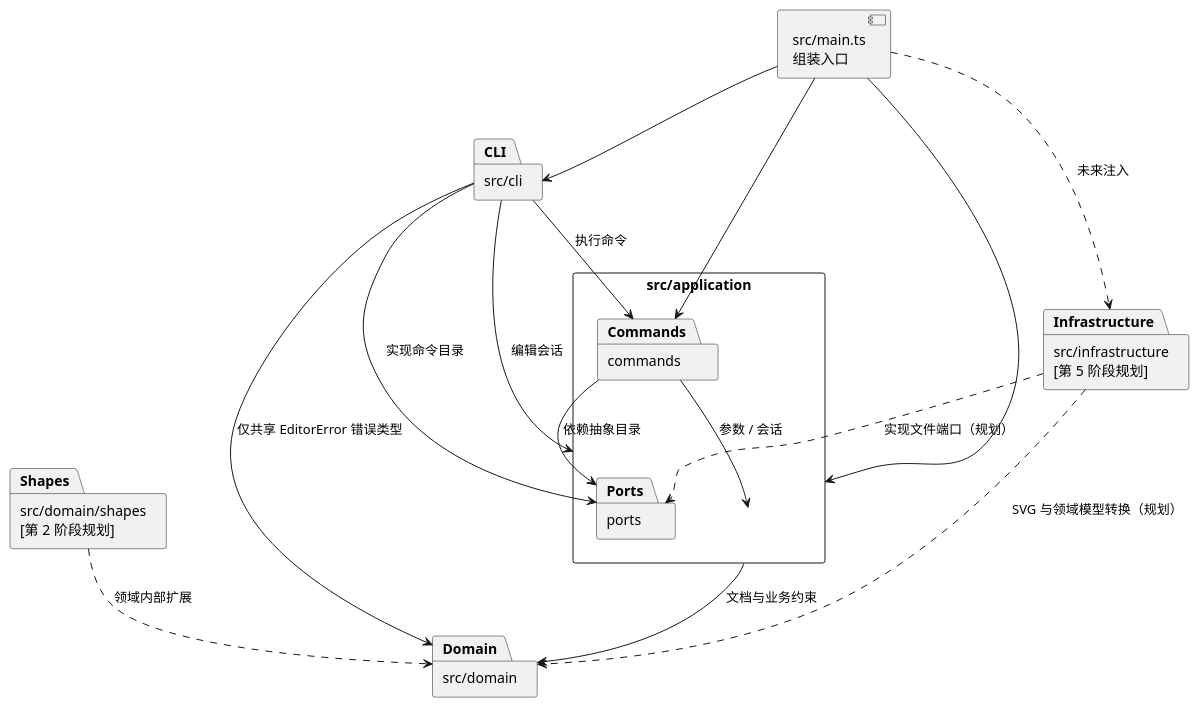
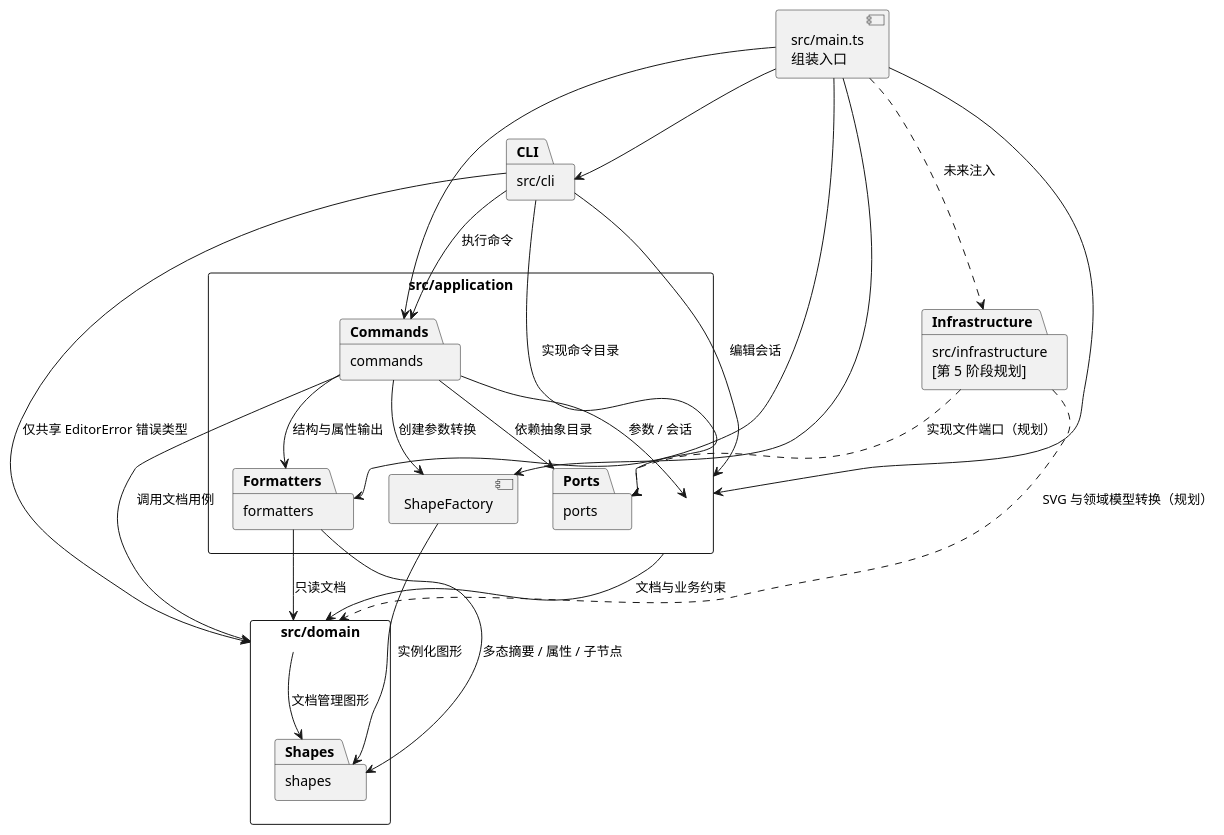
Before and after one commit to leoh4mster/svg-editor-cli-pj1: the diagram in doc/README.md, drawn with PlantUML. The commit also changed other lines of this file and 23 other files, not shown here.

````diff
--- a/doc/README.md
+++ b/doc/README.md
@@ -25,29 +27,40 @@
 ```plantuml
 @startuml
 skinparam packageStyle rectangle
 package "src/cli" as CLI
 package "src/application" as Application {
   package "commands" as Commands
   package "ports" as Ports
+  package "formatters" as Formatters
+  component "ShapeFactory" as Factory
 }
-package "src/domain" as Domain
-package "src/domain/shapes\n[第 2 阶段规划]" as Shapes
+package "src/domain" as Domain {
+  package "shapes" as Shapes
+}
 package "src/infrastructure\n[第 5 阶段规划]" as Infrastructure
 component "src/main.ts\n组装入口" as Main
 
 CLI --> Commands : 执行命令
 CLI --> Application : 编辑会话
 CLI --> Ports : 实现命令目录
 CLI --> Domain : 仅共享 EditorError 错误类型
 Commands --> Application : 参数 / 会话
 Commands --> Ports : 依赖抽象目录
+Commands --> Factory : 创建参数转换
+Commands --> Formatters : 结构与属性输出
+Commands --> Domain : 调用文档用例
 Application --> Domain : 文档与业务约束
-Shapes ..> Domain : 领域内部扩展
+Factory --> Shapes : 实例化图形
+Formatters --> Domain : 只读文档
+Formatters --> Shapes : 多态摘要 / 属性 / 子节点
+Domain --> Shapes : 文档管理图形
 Infrastructure ..> Ports : 实现文件端口（规划）
 Infrastructure ..> Domain : SVG 与领域模型转换（规划）
 Main --> CLI
 Main --> Commands
 Main --> Application
+Main --> Factory
+Main --> Formatters
 Main ..> Infrastructure : 未来注入
 @enduml
 ```
````
